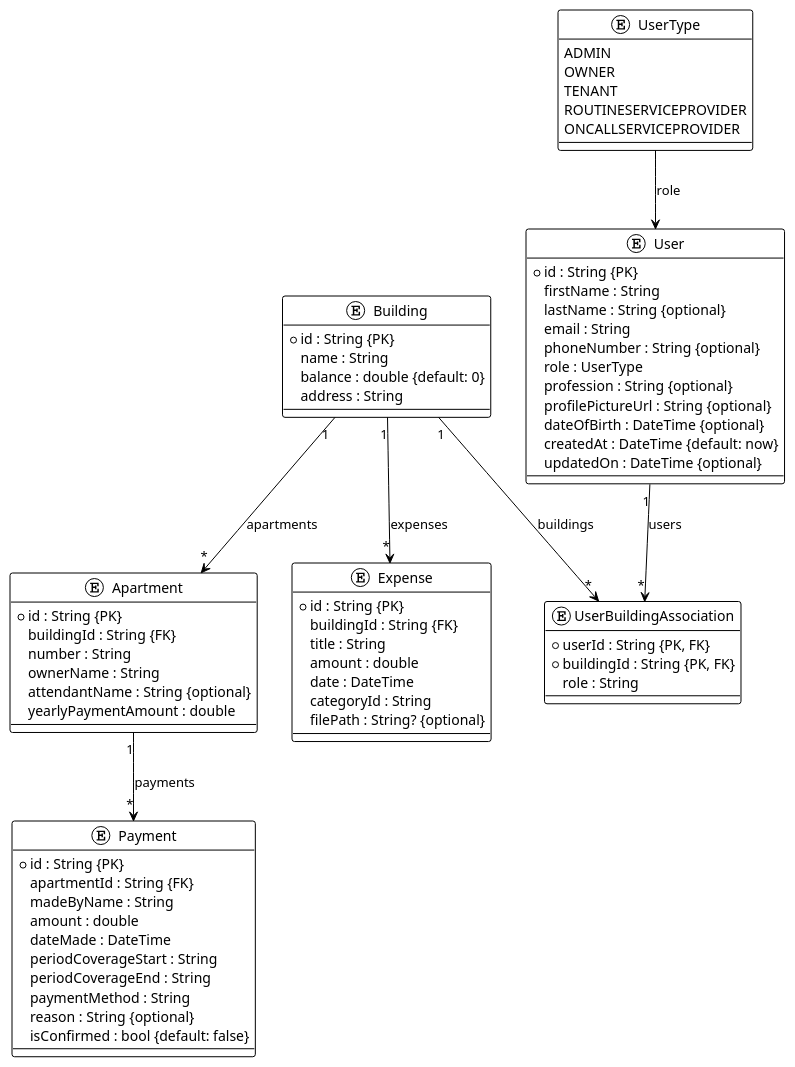
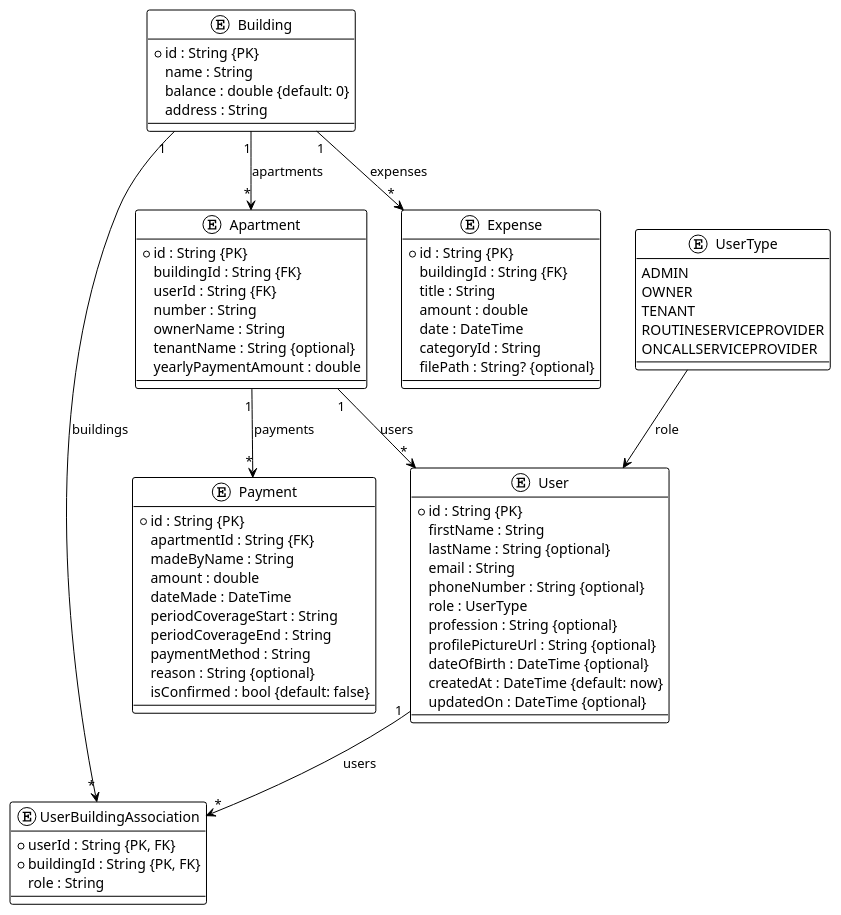
The diagram in doc/ERD.wsd (eDeveloperOZ/zion_link), drawn with PlantUML before and after one commit. The commit also changed 31 other files, not shown here.

```diff
--- a/doc/ERD.wsd
+++ b/doc/ERD.wsd
@@ -1,78 +1,80 @@
 @startuml
 !theme plain
 
 entity "User" as User {
   +id : String {PK}
   firstName : String
   lastName : String {optional}
   email : String
   phoneNumber : String {optional}
   role : UserType
   profession : String {optional}
   profilePictureUrl : String {optional}
   dateOfBirth : DateTime {optional}
   createdAt : DateTime {default: now}
   updatedOn : DateTime {optional}
 }
 
 entity "Building" as Building {
   +id : String {PK}
   name : String
   balance : double {default: 0}
   address : String
 }
 
 entity "UserBuildingAssociation" as UserBuildingAssociation {
   +userId : String {PK, FK}
   +buildingId : String {PK, FK}
   role : String
 }
 
 entity "Apartment" as Apartment {
   +id : String {PK}
   buildingId : String {FK}
+  userId : String {FK}
   number : String
   ownerName : String
-  attendantName : String {optional}
+  tenantName : String {optional}
   yearlyPaymentAmount : double
 }
 
 entity "Expense" as Expense {
   +id : String {PK}
   buildingId : String {FK}
   title : String
   amount : double
   date : DateTime
   categoryId : String
   filePath : String? {optional}
 }
 
 entity "Payment" as Payment {
   +id : String {PK}
   apartmentId : String {FK}
   madeByName : String
   amount : double
   dateMade : DateTime
   periodCoverageStart : String
   periodCoverageEnd : String
   paymentMethod : String
   reason : String {optional}
   isConfirmed : bool {default: false}
 }
 
 enum UserType {
   ADMIN
   OWNER
   TENANT
   ROUTINESERVICEPROVIDER
   ONCALLSERVICEPROVIDER
 }
 
 UserType --> User : role
 User "1" --> "*" UserBuildingAssociation : users
 Building "1" --> "*" UserBuildingAssociation : buildings
 Building "1" --> "*" Apartment : apartments
 Apartment "1" --> "*" Payment : payments
+Apartment "1" --> "*" User : users
 Building "1" --> "*" Expense : expenses
 
 @enduml
```
